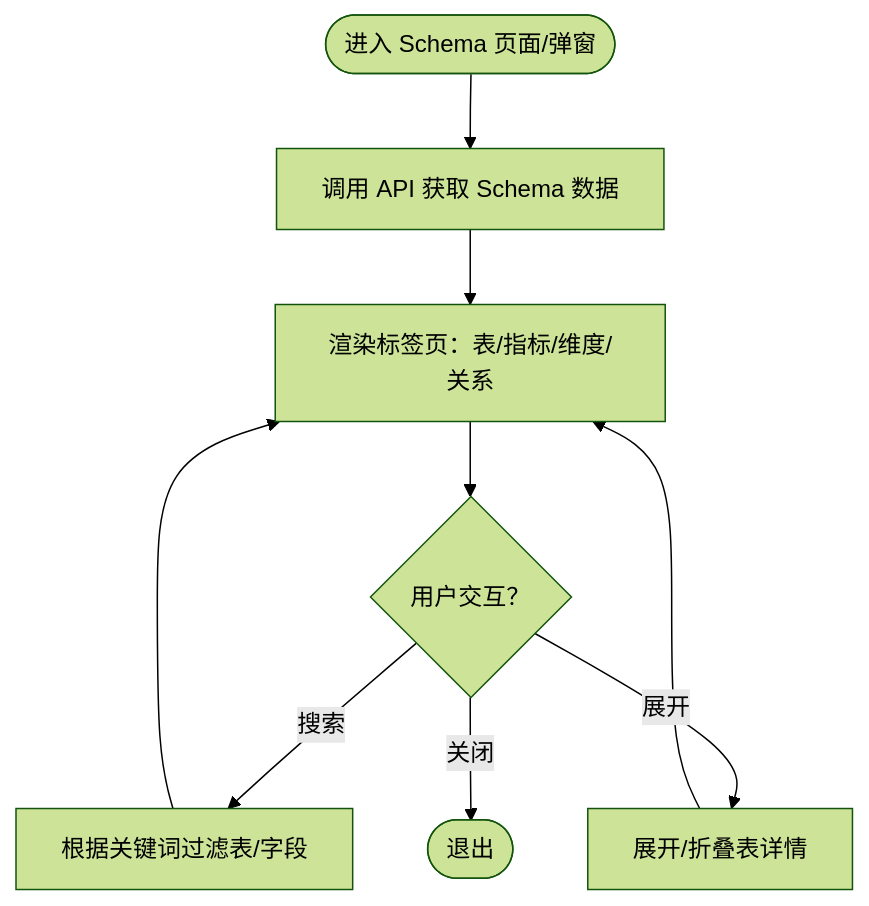
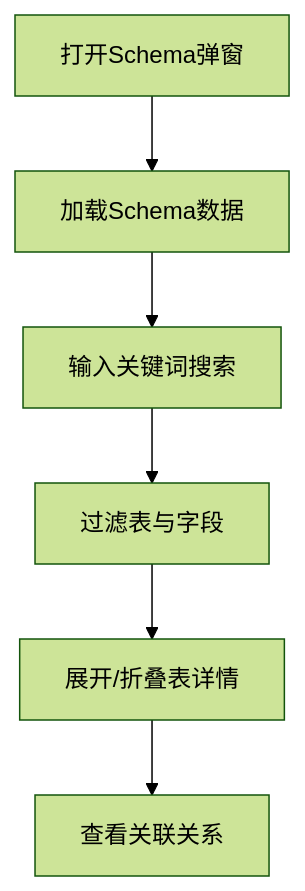
One commit to HanHuiOnLine/724-office changed the sixth of 12 diagrams in NL2SQL/.qoder/repowiki/zh/content/前端应用/前端应用.md. Above: the diagram before and after it, drawn with Mermaid (forest theme). The commit also changed other lines of this file and 170 other files, not shown here.

````diff
--- a/NL2SQL/.qoder/repowiki/zh/content/前端应用/前端应用.md
+++ b/NL2SQL/.qoder/repowiki/zh/content/前端应用/前端应用.md
@@ -297,11 +249,8 @@
 ```mermaid
 flowchart TD
-Start(["进入 Schema 页面/弹窗"]) --> Load["调用 API 获取 Schema 数据"]
-Load --> RenderTabs["渲染标签页：表/指标/维度/关系"]
-RenderTabs --> Interact{"用户交互？"}
-Interact --> |搜索| Filter["根据关键词过滤表/字段"]
-Interact --> |展开| Collapse["展开/折叠表详情"]
-Interact --> |关闭| End(["退出"])
-Filter --> RenderTabs
-Collapse --> RenderTabs
+Open["打开Schema弹窗"] --> Load["加载Schema数据"]
+Load --> Search["输入关键词搜索"]
+Search --> Filter["过滤表与字段"]
+Filter --> Collapse["展开/折叠表详情"]
+Collapse --> Relations["查看关联关系"]
 ```
````
